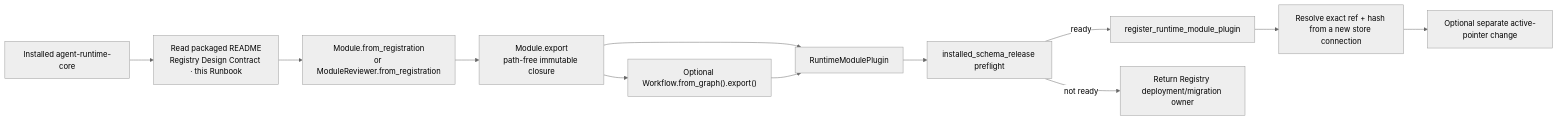
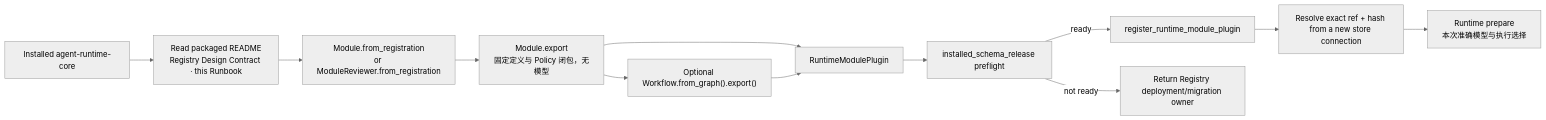
One commit to bobaoai/agent_runtime changed the diagram in docs/agent_runtime_registration_runbook.md. Above: the diagram before and after it, drawn with Mermaid (neutral theme). The commit also changed other lines of this file and 29 other files, not shown here.

````diff
--- a/docs/agent_runtime_registration_runbook.md
+++ b/docs/agent_runtime_registration_runbook.md
@@ -367,14 +351,14 @@
 ```mermaid
 flowchart LR
     I["Installed agent-runtime-core"] --> D["Read packaged README<br/>Registry Design Contract · this Runbook"]
     D --> S["Module.from_registration<br/>or ModuleReviewer.from_registration"]
-    S --> E["Module.export<br/>path-free immutable closure"]
+    S --> E["Module.export<br/>固定定义与 Policy 闭包，无模型"]
     E --> W["Optional Workflow.from_graph().export()"]
     E --> P["RuntimeModulePlugin"]
     W --> P
     P --> G["installed_schema_release preflight"]
     G -->|ready| R["register_runtime_module_plugin"]
     G -->|not ready| B["Return Registry deployment/migration owner"]
     R --> X["Resolve exact ref + hash from a new store connection"]
-    X --> A["Optional separate active-pointer change"]
+    X --> A["Runtime prepare<br/>本次准确模型与执行选择"]
 ```
````
